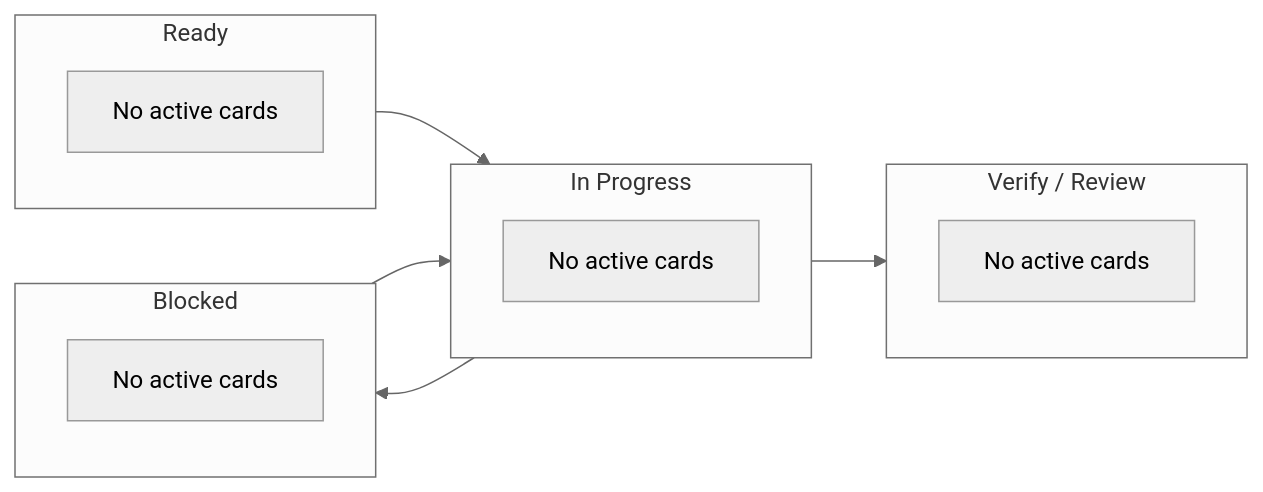
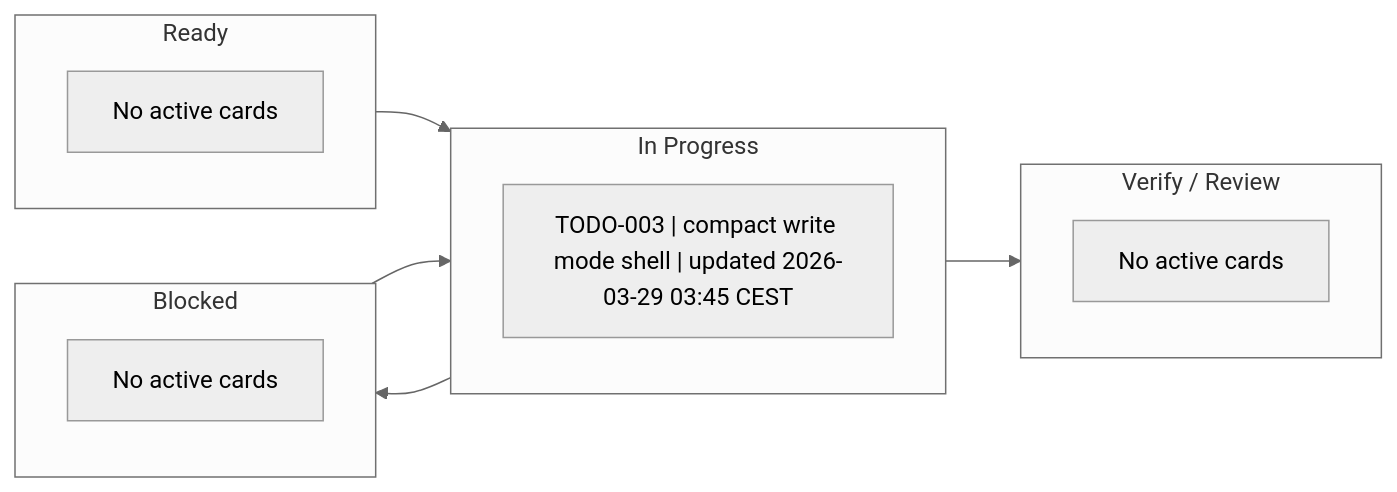
Before and after one commit to shomsy/step-by-step-animator: the diagram in .agents/management/ACTIVE.md, drawn with Mermaid (neutral theme). The commit also changed 3 other files, not shown here.

Commit message:
docs: add write mode management workstream

````diff
--- a/.agents/management/ACTIVE.md
+++ b/.agents/management/ACTIVE.md
@@ -20,23 +20,23 @@
 ```mermaid
 flowchart LR
     subgraph Ready["Ready"]
         R0["No active cards"]
     end
 
     subgraph InProgress["In Progress"]
-        P0["No active cards"]
+        P0["TODO-003 | compact write mode shell | updated 2026-03-29 03:45 CEST"]
     end
 
     subgraph Blocked["Blocked"]
         B0["No active cards"]
     end
 
     subgraph Verify["Verify / Review"]
         V0["No active cards"]
     end
 
     Ready --> InProgress
     InProgress --> Verify
     InProgress --> Blocked
     Blocked --> InProgress
 ```
````
